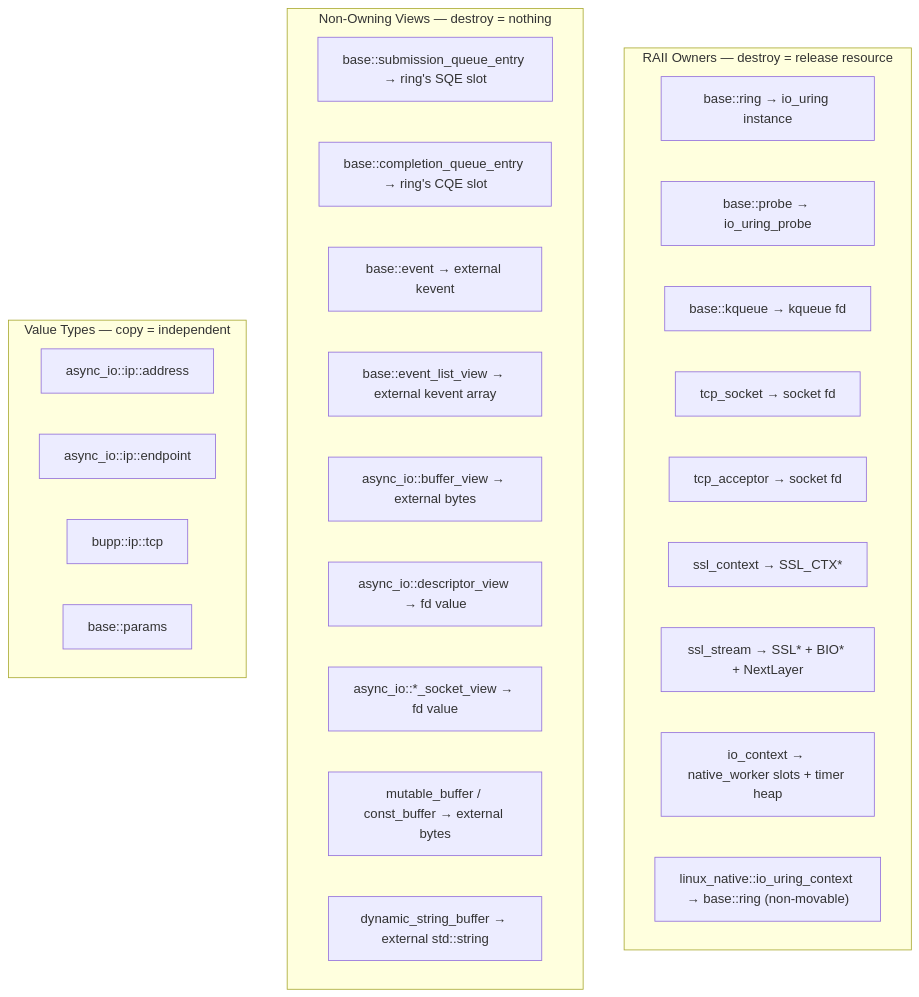
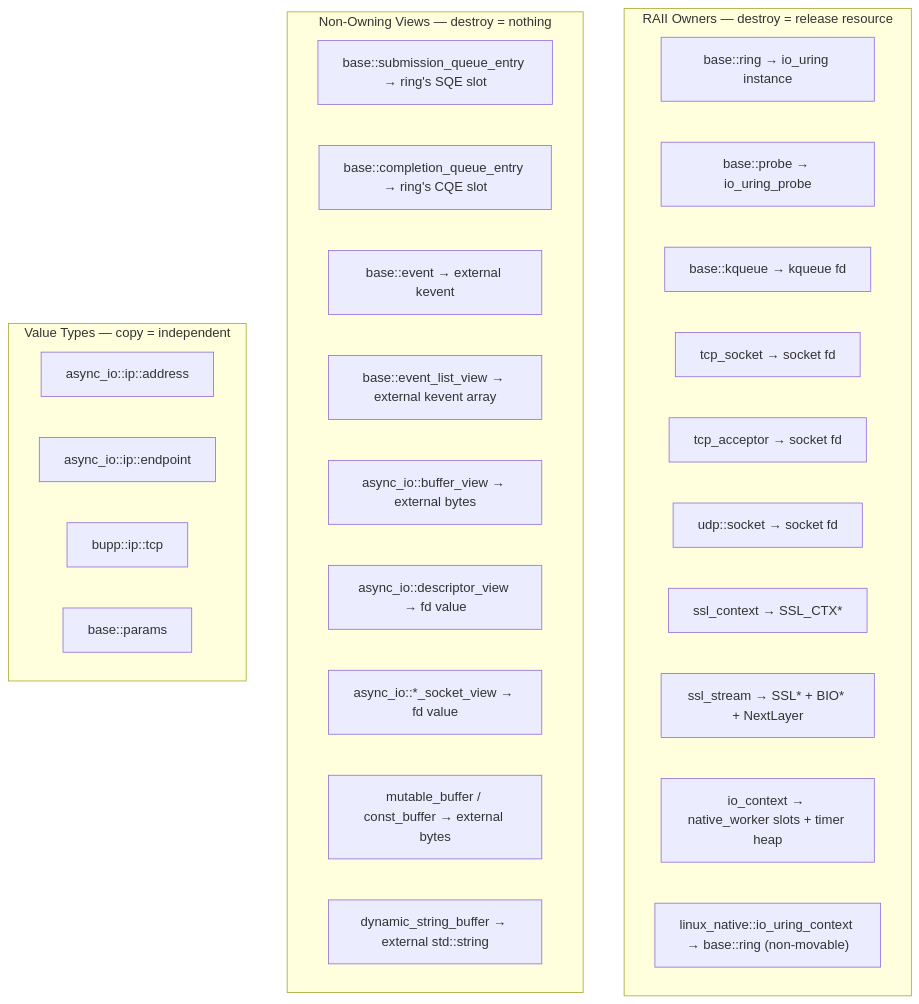
One commit to haomingbai/bnio changed the first of 3 diagrams in docs/design/lifecycle.md. Above: the diagram before and after it, drawn with Mermaid. The commit also changed other lines of this file and 38 other files, not shown here.

````diff
--- a/docs/design/lifecycle.md
+++ b/docs/design/lifecycle.md
@@ -12,33 +12,34 @@
 ```mermaid
 graph TB
     subgraph OWN["RAII Owners — destroy = release resource"]
         O1["base::ring → io_uring instance"]
         O2["base::probe → io_uring_probe"]
         O3["base::kqueue → kqueue fd"]
         O4["tcp_socket → socket fd"]
         O5["tcp_acceptor → socket fd"]
+        O5b["udp::socket → socket fd"]
         O6["ssl_context → SSL_CTX*"]
         O7["ssl_stream → SSL* + BIO* + NextLayer"]
         O8["io_context → native_worker slots + timer heap"]
         O9["linux_native::io_uring_context → base::ring (non-movable)"]
     end
 
     subgraph VIEW["Non-Owning Views — destroy = nothing"]
         V1["base::submission_queue_entry → ring's SQE slot"]
         V2["base::completion_queue_entry → ring's CQE slot"]
         V3["base::event → external kevent"]
         V4["base::event_list_view → external kevent array"]
         V5["async_io::buffer_view → external bytes"]
         V6["async_io::descriptor_view → fd value"]
         V7["async_io::*_socket_view → fd value"]
         V8["mutable_buffer / const_buffer → external bytes"]
         V9["dynamic_string_buffer → external std::string"]
     end
 
     subgraph VAL["Value Types — copy = independent"]
         VL1["async_io::ip::address"]
         VL2["async_io::ip::endpoint"]
         VL3["bupp::ip::tcp"]
         VL4["base::params"]
     end
 ```
````
